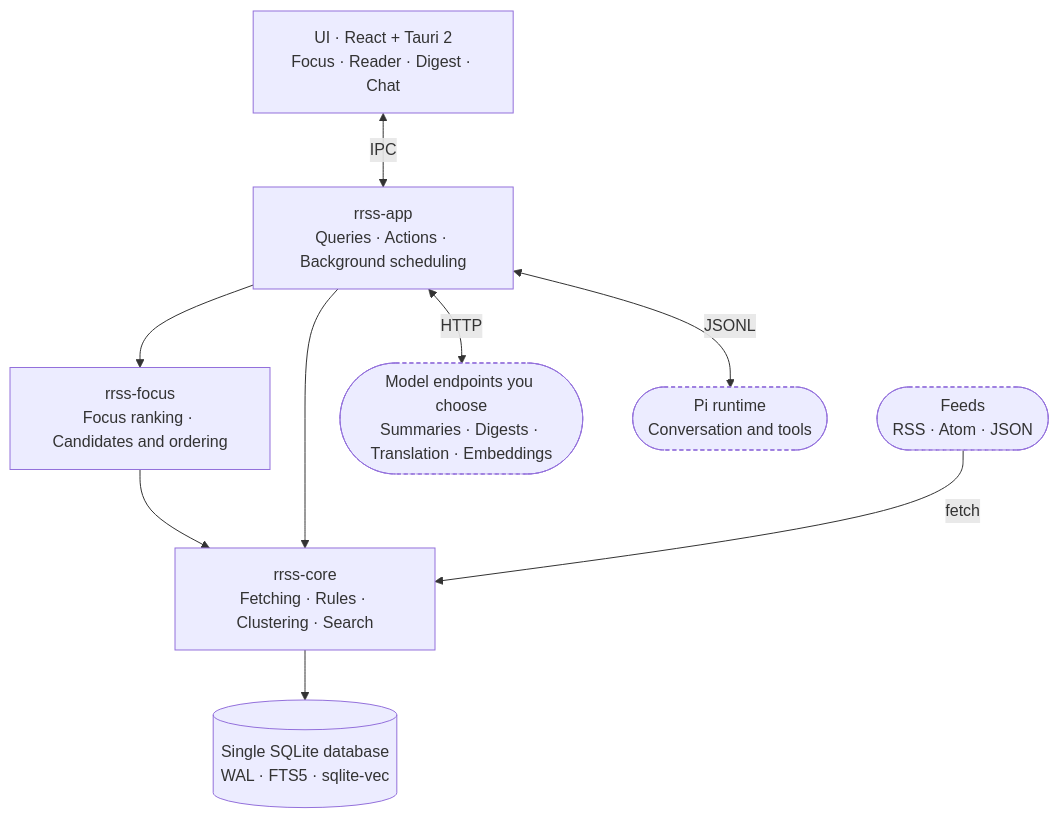
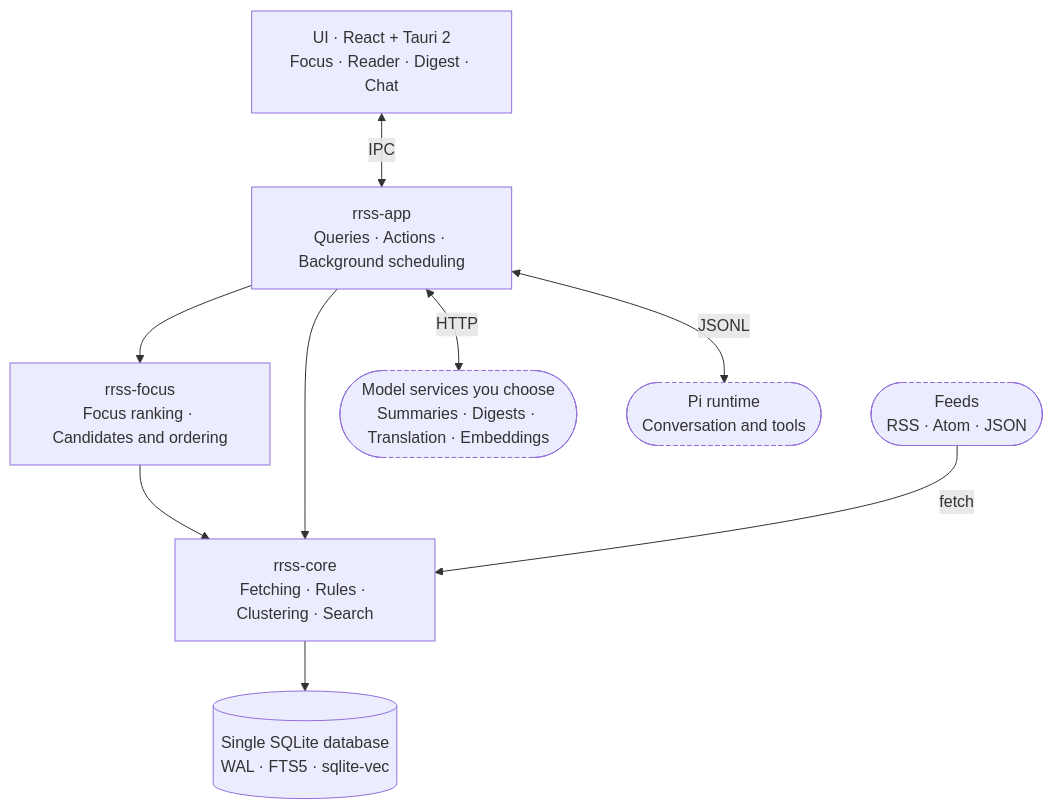
The diagram in README.en.md (rrss-app/rrss), drawn with Mermaid before and after one commit. The commit also changed other lines of this file and 155 other files, not shown here.

````diff
--- a/README.en.md
+++ b/README.en.md
@@ -141,19 +140,19 @@
 ```mermaid
 flowchart TB
     UI["UI · React + Tauri 2<br/>Focus · Reader · Digest · Chat"]
     App["rrss-app<br/>Queries · Actions · Background scheduling"]
     Focus["rrss-focus<br/>Focus ranking · Candidates and ordering"]
     Core["rrss-core<br/>Fetching · Rules · Clustering · Search"]
     DB[("Single SQLite database<br/>WAL · FTS5 · sqlite-vec")]
     Feeds(["Feeds<br/>RSS · Atom · JSON"])
-    LLM(["Model endpoints you choose<br/>Summaries · Digests · Translation · Embeddings"])
+    LLM(["Model services you choose<br/>Summaries · Digests · Translation · Embeddings"])
     Pi(["Pi runtime<br/>Conversation and tools"])
     UI <-->|IPC| App
     App --> Focus --> Core
     App --> Core --> DB
     Feeds -->|fetch| Core
     App <-->|HTTP| LLM
     App <-->|JSONL| Pi
     classDef ext stroke-dasharray: 4 3
     class Feeds,LLM,Pi ext
 ```
````
